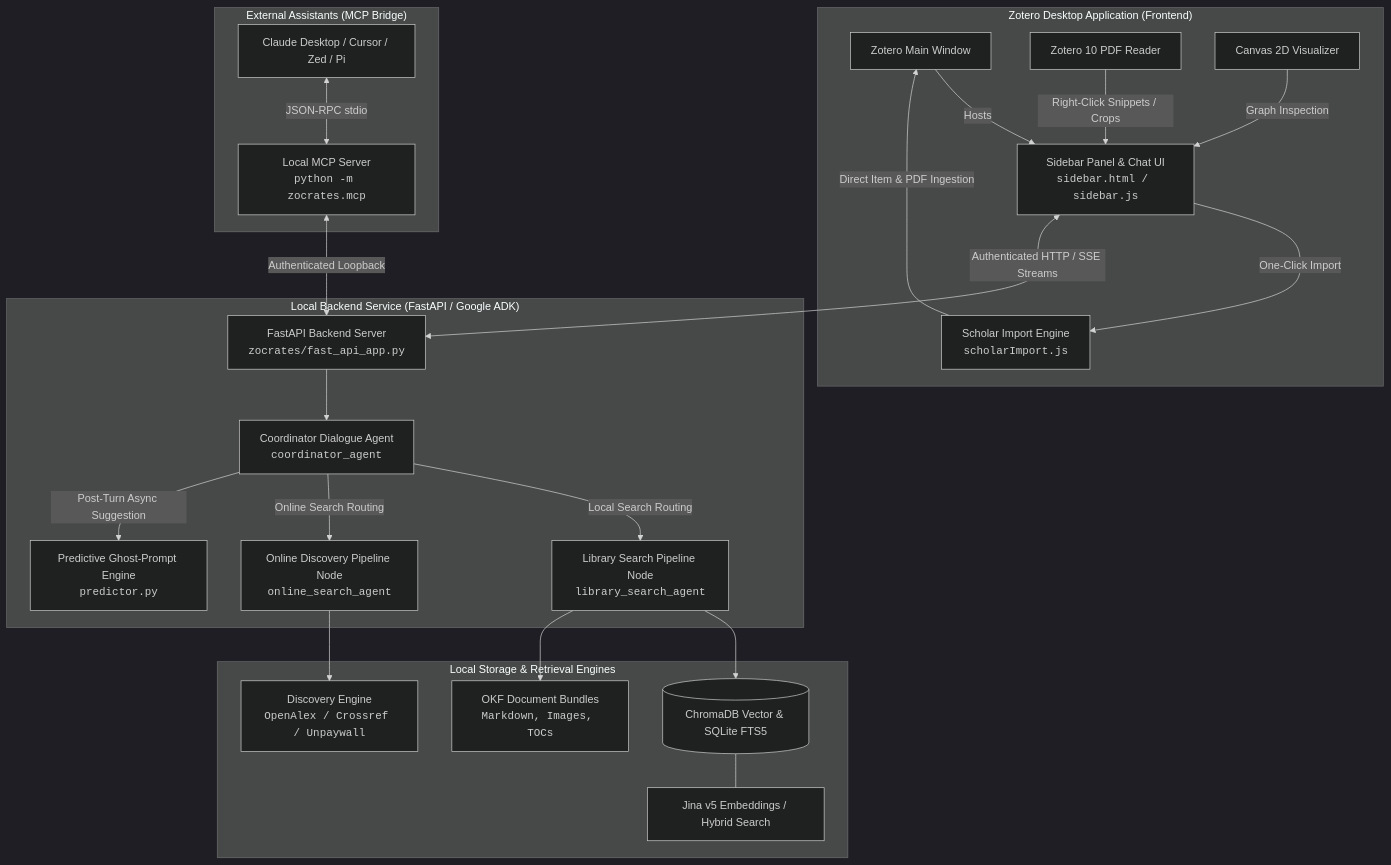
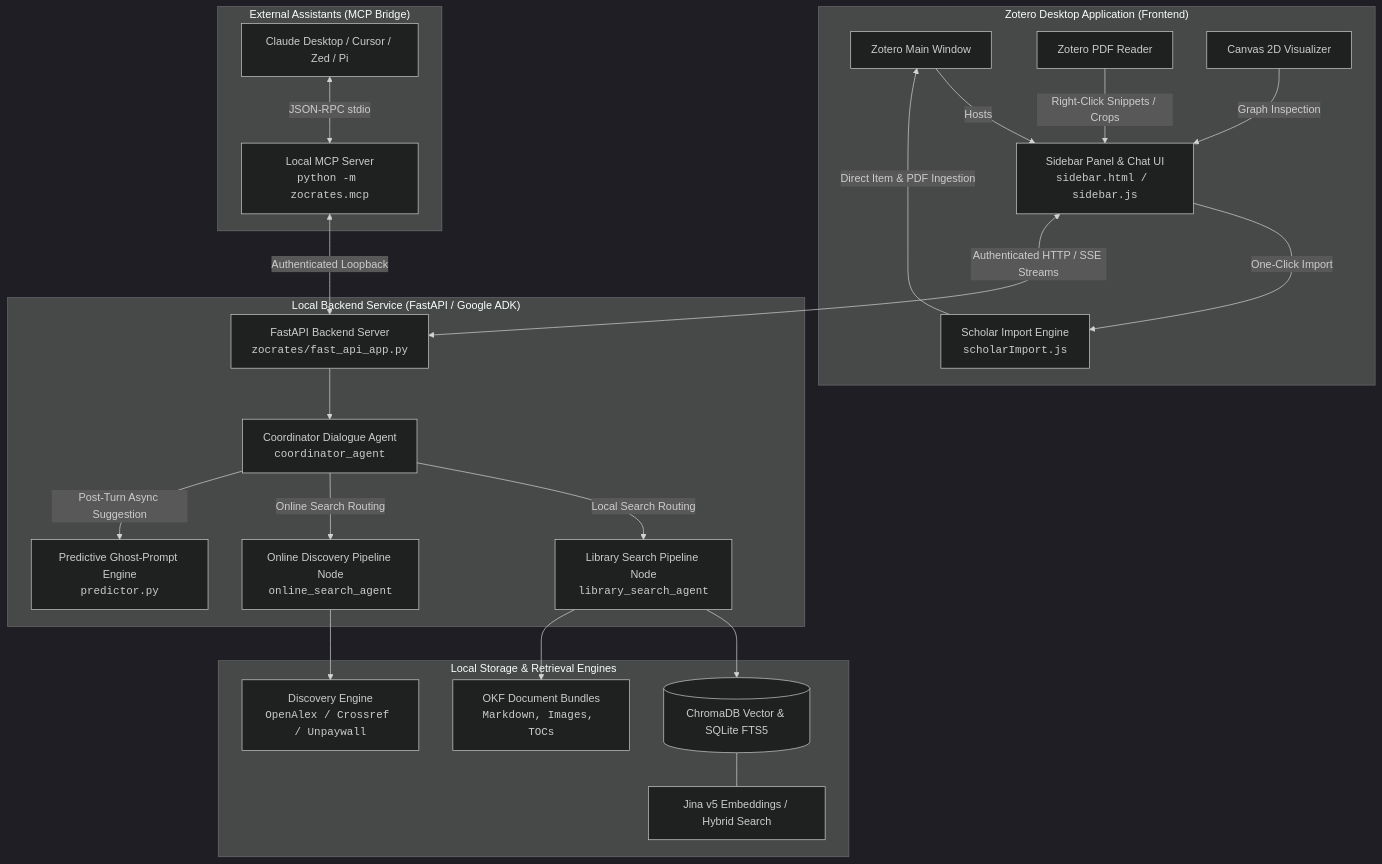
One commit to alexplaka/Zocrates changed the diagram in README.md. Above: the diagram before and after it, drawn with Mermaid (dark theme). The commit also changed other lines of this file, not shown here.

````diff
--- a/README.md
+++ b/README.md
@@ -56,30 +39,30 @@
 ```mermaid
 graph TD
     subgraph "Zotero Desktop Application (Frontend)"
         A[Zotero Main Window] -- Hosts --> B[Sidebar Panel & Chat UI<br/><code>sidebar.html / sidebar.js</code>]
-        C[Zotero 10 PDF Reader] -- Right-Click Snippets / Crops --> B
+        C[Zotero PDF Reader] -- Right-Click Snippets / Crops --> B
         D[Canvas 2D Visualizer] -- Graph Inspection --> B
         B -- One-Click Import --> E[Scholar Import Engine<br/><code>scholarImport.js</code>]
         E -- Direct Item & PDF Ingestion --> A
     end
 
     subgraph "Local Backend Service (FastAPI / Google ADK)"
         B <-- Authenticated HTTP / SSE Streams --> F[FastAPI Backend Server<br/><code>zocrates/fast_api_app.py</code>]
         F --> G[Coordinator Dialogue Agent<br/><code>coordinator_agent</code>]
         G -- Local Search Routing --> H[Library Search Pipeline Node<br/><code>library_search_agent</code>]
         G -- Online Search Routing --> I[Online Discovery Pipeline Node<br/><code>online_search_agent</code>]
         G -- Post-Turn Async Suggestion --> J[Predictive Ghost-Prompt Engine<br/><code>predictor.py</code>]
     end
 
     subgraph "Local Storage & Retrieval Engines"
         H --> K[(ChromaDB Vector &amp; SQLite FTS5)]
         H --> L[OKF Document Bundles<br/><code>Markdown, Images, TOCs</code>]
         I --> M[Discovery Engine<br/><code>OpenAlex / Crossref / Unpaywall</code>]
         K --- N[Jina v5 Embeddings / Hybrid Search]
     end
 
     subgraph "External Assistants (MCP Bridge)"
         O[Claude Desktop / Cursor / Zed / Pi] <-- JSON-RPC stdio --> P[Local MCP Server<br/><code>python -m zocrates.mcp</code>]
         P <-- Authenticated Loopback --> F
     end
 ```
````
